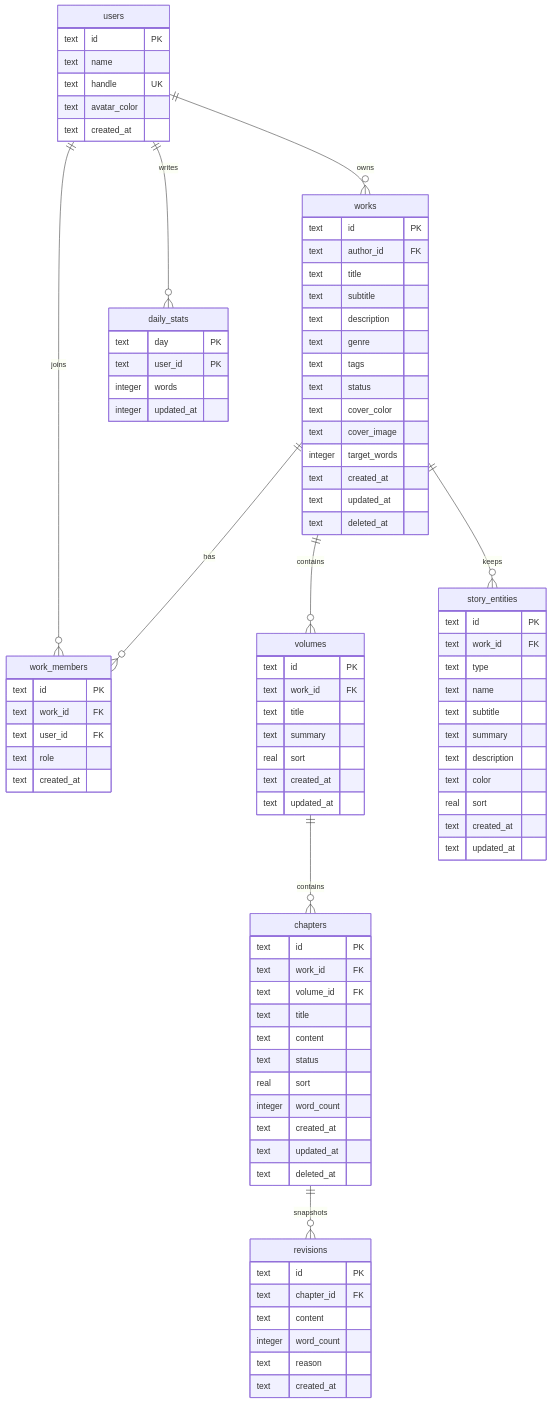
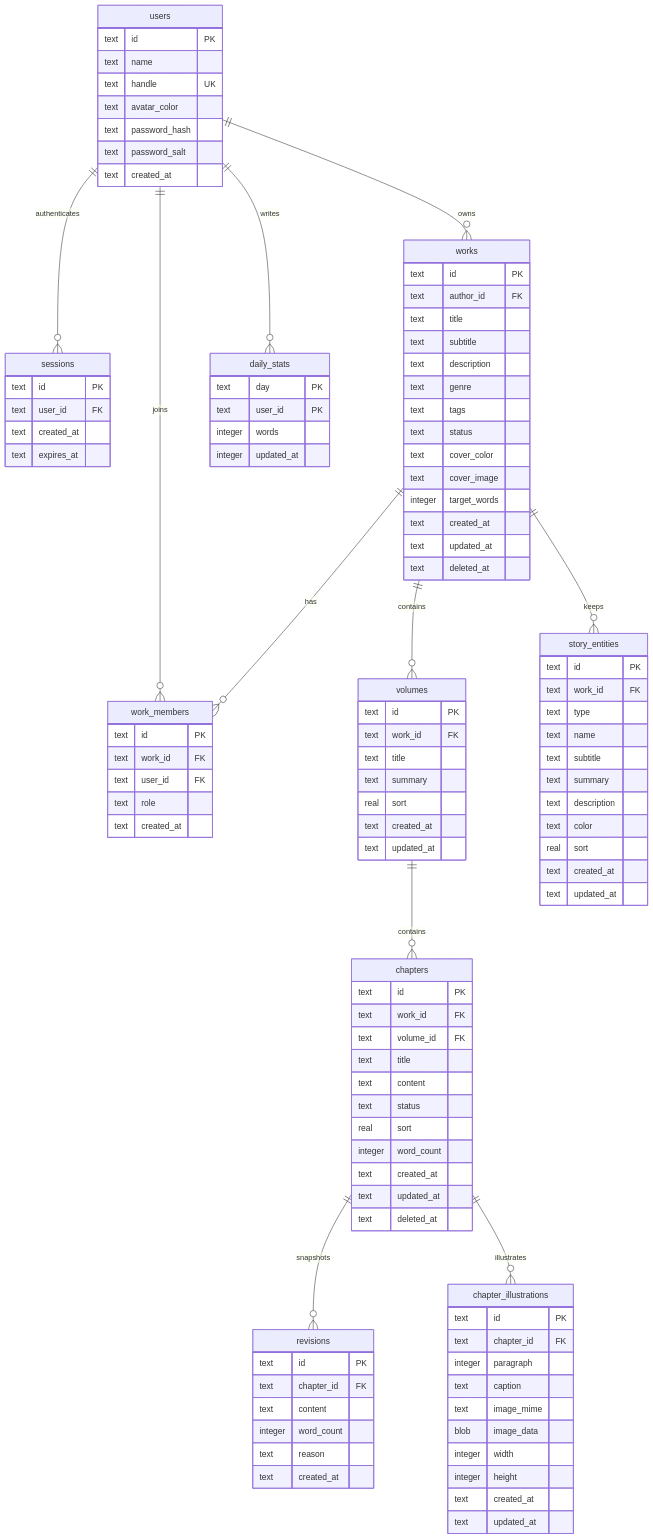
One commit to yxpil/inkdock changed the diagram in docs/03-data-model.md. Above: the diagram before and after it, drawn with Mermaid. The commit also changed other lines of this file and 54 other files, not shown here.

Commit message:
feat: 本机多账号、协作权限、插画与网页导出 - 注册登录、本机会话与本机多账号，首个账号接管演示数据 - 作品成员角色校验（owner/editor/commenter/reader）与成员管理 - 章节插画上传、段落锚定与阅读器分页适配 - 整书 JSON 无损导入导出与单文件 HTML 网页导出 - 修改密码保留当前会话并清除其他会话 - SQLite schema v4，同步需求、架构、数据模型与交接文档

````diff
--- a/docs/03-data-model.md
+++ b/docs/03-data-model.md
@@ -11,11 +11,13 @@
 ```mermaid
 erDiagram
+    users ||--o{ sessions : authenticates
     users ||--o{ works : owns
     users ||--o{ work_members : joins
     works ||--o{ work_members : has
     works ||--o{ volumes : contains
     volumes ||--o{ chapters : contains
     chapters ||--o{ revisions : snapshots
+    chapters ||--o{ chapter_illustrations : illustrates
     works ||--o{ story_entities : keeps
     users ||--o{ daily_stats : writes
 
@@ -24,7 +26,15 @@
       text name
       text handle UK
       text avatar_color
+      text password_hash
+      text password_salt
       text created_at
+    }
+    sessions {
+      text id PK
+      text user_id FK
+      text created_at
+      text expires_at
     }
     works {
       text id PK
@@ -79,6 +89,18 @@
       text reason
       text created_at
     }
+    chapter_illustrations {
+      text id PK
+      text chapter_id FK
+      integer paragraph
+      text caption
+      text image_mime
+      blob image_data
+      integer width
+      integer height
+      text created_at
+      text updated_at
+    }
     story_entities {
       text id PK
       text work_id FK
````
